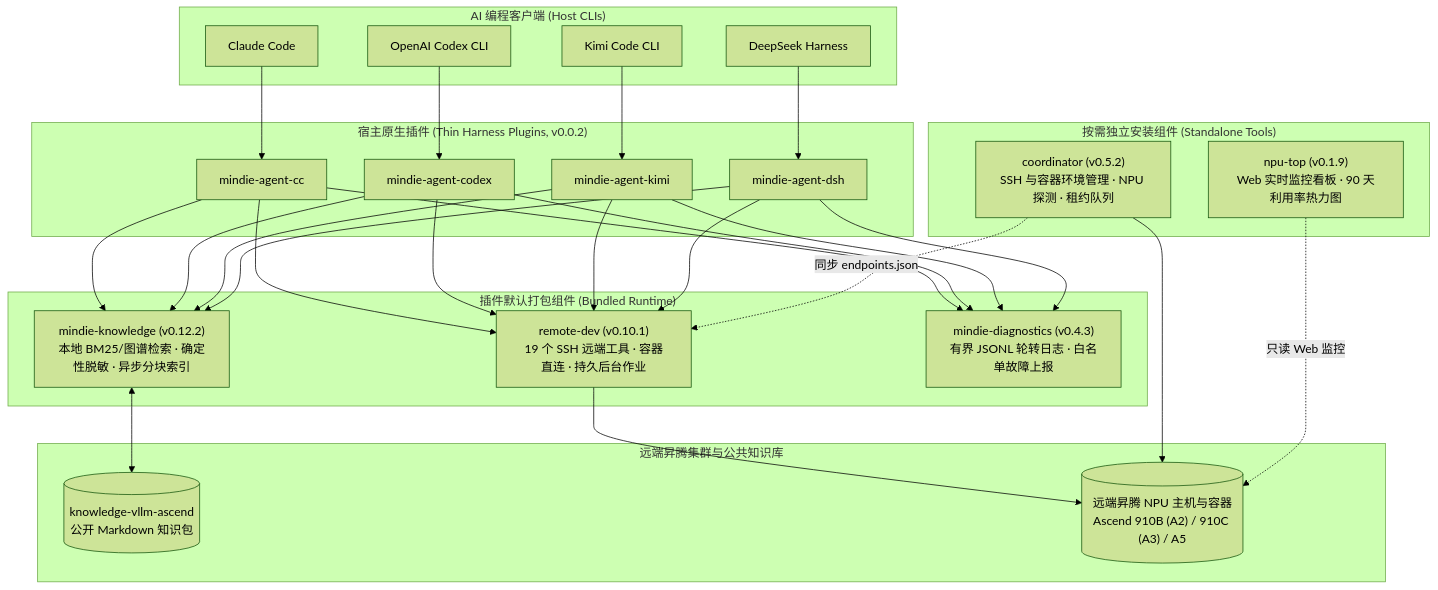
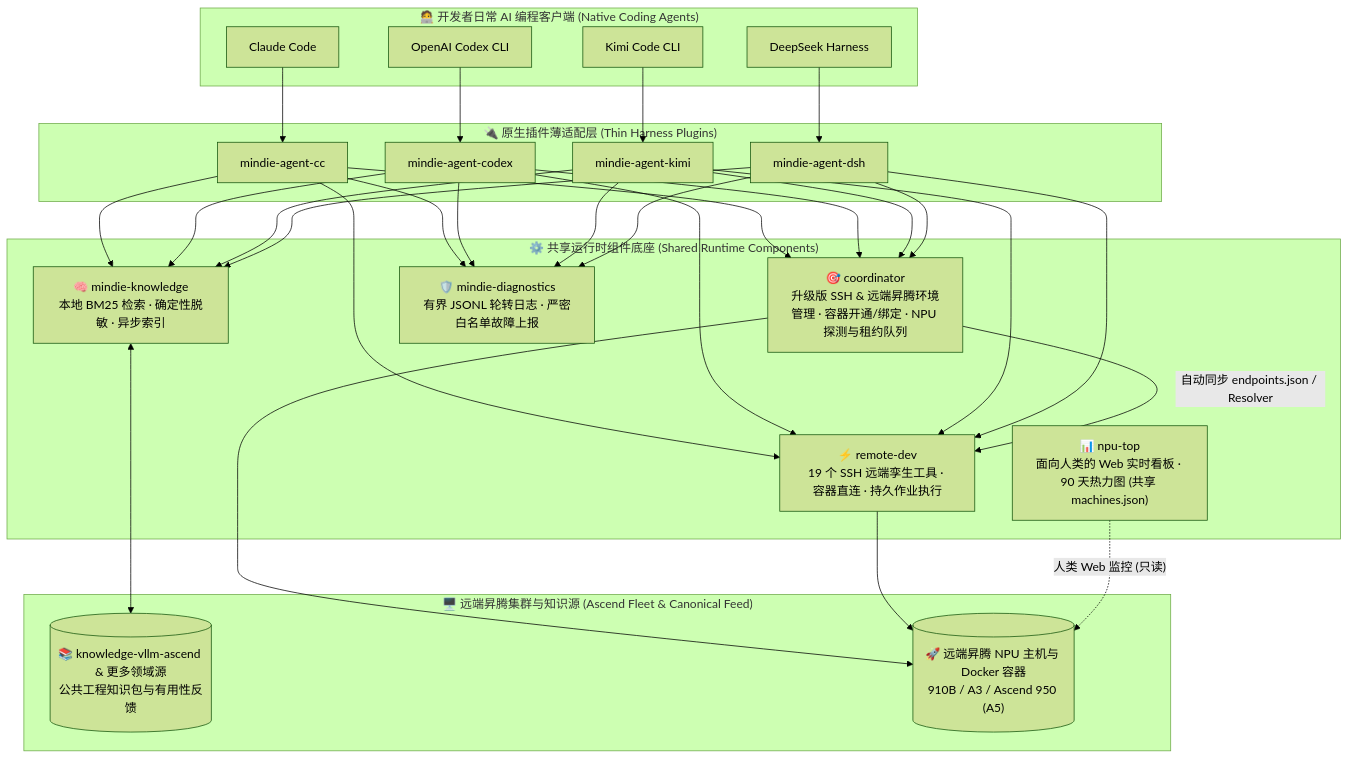
Before and after one commit to grandolantow/mindie-agent: the first of 2 diagrams in README.md, drawn with Mermaid (forest theme). The commit also changed other lines of this file and 16 other files, not shown here.

````diff
--- a/README.md
+++ b/README.md
@@ -216,43 +178,40 @@
 ```mermaid
 flowchart TB
-  subgraph Clients["AI 编程客户端 (Host CLIs)"]
+  subgraph Clients["🧑‍💻 开发者日常 AI 编程客户端 (Native Coding Agents)"]
     CC["Claude Code"]
     Codex["OpenAI Codex CLI"]
     Kimi["Kimi Code CLI"]
     DSH["DeepSeek Harness"]
   end
 
-  subgraph Adapters["宿主原生插件 (Thin Harness Plugins, v0.0.2)"]
+  subgraph Adapters["🔌 原生插件薄适配层 (Thin Harness Plugins)"]
     P_CC["mindie-agent-cc"]
     P_Codex["mindie-agent-codex"]
     P_Kimi["mindie-agent-kimi"]
     P_DSH["mindie-agent-dsh"]
   end
 
-  subgraph Bundled["插件默认打包组件 (Bundled Runtime)"]
-    Knowledge["mindie-knowledge (v0.12.2)<br/>本地 BM25/图谱检索 · 确定性脱敏 · 异步分块索引"]
-    RemoteDev["remote-dev (v0.10.1)<br/>19 个 SSH 远端工具 · 容器直连 · 持久后台作业"]
-    Diag["mindie-diagnostics (v0.4.3)<br/>有界 JSONL 轮转日志 · 白名单故障上报"]
+  subgraph Core["⚙️ 共享运行时组件底座 (Shared Runtime Components)"]
+    Knowledge["🧠 mindie-knowledge<br/>本地 BM25 检索 · 确定性脱敏 · 异步索引"]
+    Coord["🎯 coordinator<br/>升级版 SSH & 远端昇腾环境管理 · 容器开通/绑定 · NPU 探测与租约队列"]
+    RemoteDev["⚡ remote-dev<br/>19 个 SSH 远端孪生工具 · 容器直连 · 持久作业执行"]
+    NpuTop["📊 npu-top<br/>面向人类的 Web 实时看板 · 90 天热力图 (共享 machines.json)"]
+    Diag["🛡️ mindie-diagnostics<br/>有界 JSONL 轮转日志 · 严密白名单故障上报"]
   end
 
-  subgraph Standalone["按需独立安装组件 (Standalone Tools)"]
-    Coord["coordinator (v0.5.2)<br/>SSH 与容器环境管理 · NPU 探测 · 租约队列"]
-    NpuTop["npu-top (v0.1.9)<br/>Web 实时监控看板 · 90 天利用率热力图"]
-  end
-
-  subgraph Remote["远端昇腾集群与公共知识库"]
-    Feed[("knowledge-vllm-ascend<br/>公开 Markdown 知识包")]
-    Cluster[("远端昇腾 NPU 主机与容器<br/>Ascend 910B (A2) / 910C (A3) / A5")]
+  subgraph Remote["🖥️ 远端昇腾集群与知识源 (Ascend Fleet & Canonical Feed)"]
+    Feed[("📚 knowledge-vllm-ascend & 更多领域源<br/>公共工程知识包与有用性反馈")]
+    Cluster[("🚀 远端昇腾 NPU 主机与 Docker 容器<br/>910B / A3 / Ascend 950 (A5)")]
   end
 
   CC --> P_CC
   Codex --> P_Codex
   Kimi --> P_Kimi
   DSH --> P_DSH
 
-  P_CC & P_Codex & P_Kimi & P_DSH --> Knowledge & RemoteDev & Diag
+  P_CC & P_Codex & P_Kimi & P_DSH --> Knowledge & Coord & RemoteDev & Diag
   Knowledge <--> Feed
-  Coord -. "同步 endpoints.json" .-> RemoteDev
-  RemoteDev & Coord --> Cluster
-  NpuTop -. "只读 Web 监控" .-> Cluster
+  Coord -- "自动同步 endpoints.json / Resolver" --> RemoteDev
+  Coord & RemoteDev --> Cluster
+  NpuTop -. "人类 Web 监控 (只读)" .-> Cluster
 ```
````
